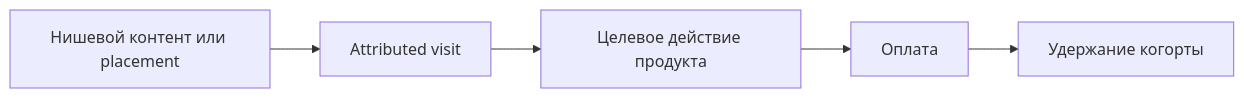
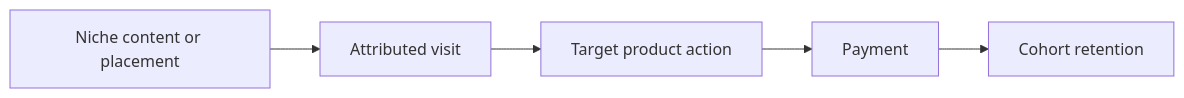
Before and after one commit to zxc0zxc0zxc/palarran-framework: the diagram in docs/product/b2c.md, drawn with Mermaid. The commit also changed other lines of this file and 783 other files, not shown here.

````diff
--- a/docs/product/b2c.md
+++ b/docs/product/b2c.md
@@ -24,7 +24,7 @@
 ```mermaid
 flowchart LR
-    A[Нишевой контент или placement] --> B[Attributed visit]
-    B --> C[Целевое действие продукта]
-    C --> D[Оплата]
-    D --> E[Удержание когорты]
+    A[Niche content or placement] --> B[Attributed visit]
+    B --> C[Target product action]
+    C --> D[Payment]
+    D --> E[Cohort retention]
 ```
````
